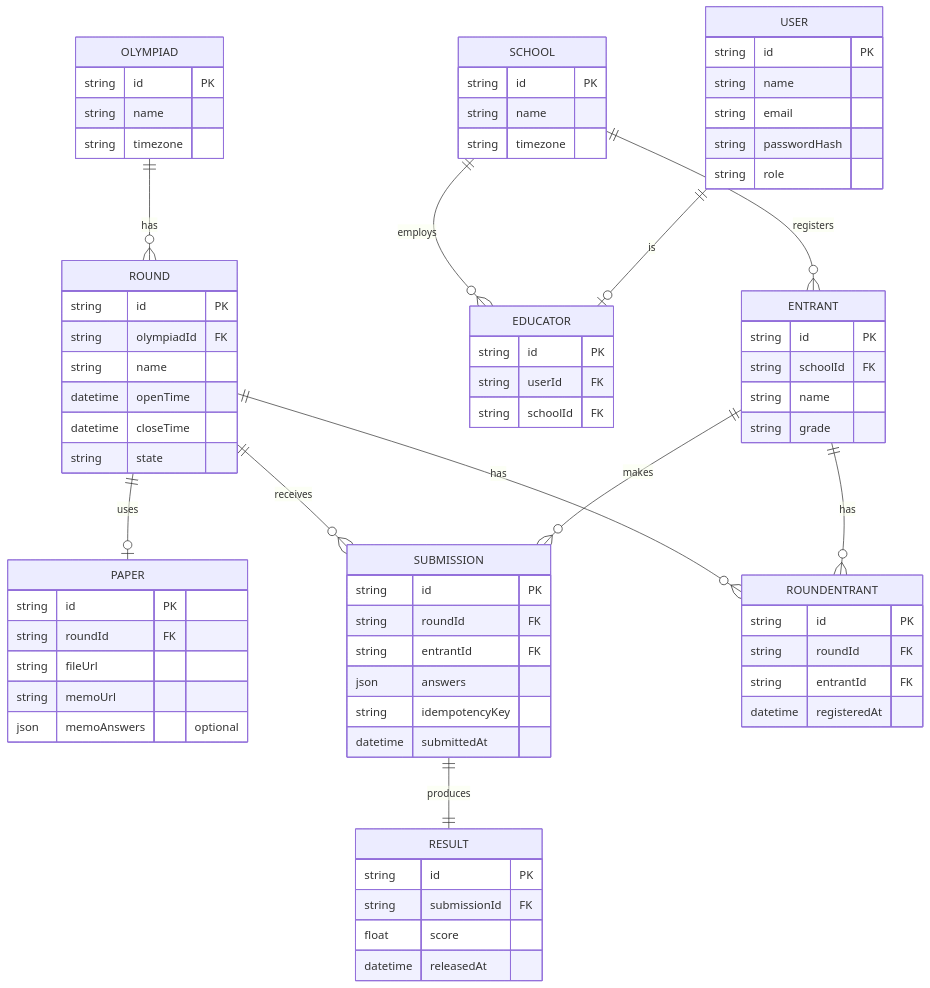
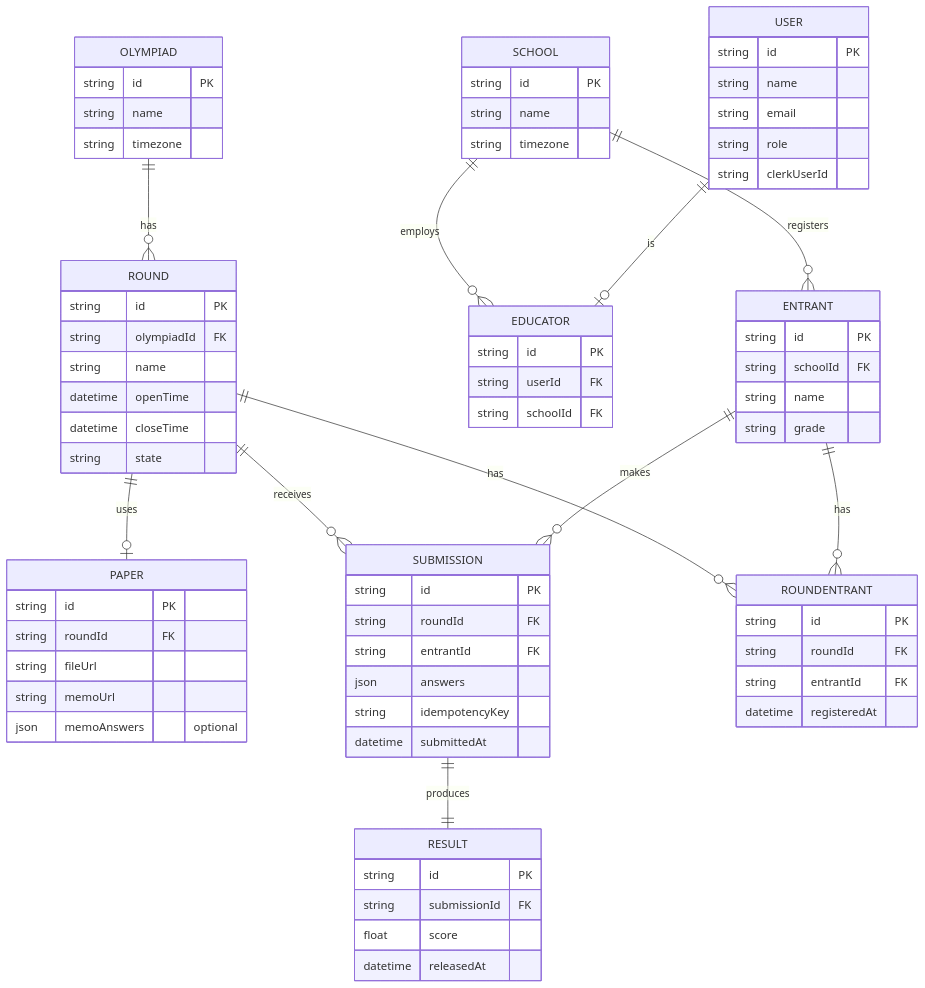
Before and after one commit to ZandileMkontwana/olympiad-portal: the diagram in documents/docs/database-schema.md, drawn with Mermaid. The commit also changed 5 other files, not shown here.

````diff
--- a/documents/docs/database-schema.md
+++ b/documents/docs/database-schema.md
@@ -9,77 +9,77 @@
 ```mermaid
 erDiagram
   OLYMPIAD ||--o{ ROUND : has
   ROUND ||--o| PAPER : uses
   ROUND ||--o{ SUBMISSION : receives
   ROUND ||--o{ ROUNDENTRANT : has
   SCHOOL ||--o{ EDUCATOR : employs
   SCHOOL ||--o{ ENTRANT : registers
   USER ||--o| EDUCATOR : is
   ENTRANT ||--o{ SUBMISSION : makes
   ENTRANT ||--o{ ROUNDENTRANT : has
   SUBMISSION ||--|| RESULT : produces
 
   OLYMPIAD {
     string id PK
     string name
     string timezone
   }
   ROUND {
     string id PK
     string olympiadId FK
     string name
     datetime openTime
     datetime closeTime
     string state
   }
   SCHOOL {
     string id PK
     string name
     string timezone
   }
   USER {
     string id PK
     string name
     string email
-    string passwordHash
     string role
+    string clerkUserId
   }
   EDUCATOR {
     string id PK
     string userId FK
     string schoolId FK
   }
   ENTRANT {
     string id PK
     string schoolId FK
     string name
     string grade
   }
   PAPER {
     string id PK
     string roundId FK
     string fileUrl
     string memoUrl
     json memoAnswers "optional"
   }
   SUBMISSION {
     string id PK
     string roundId FK
     string entrantId FK
     json answers
     string idempotencyKey
     datetime submittedAt
   }
   RESULT {
     string id PK
     string submissionId FK
     float score
     datetime releasedAt
   }
   ROUNDENTRANT {
     string id PK
     string roundId FK
     string entrantId FK
     datetime registeredAt
   }
 ```
````
